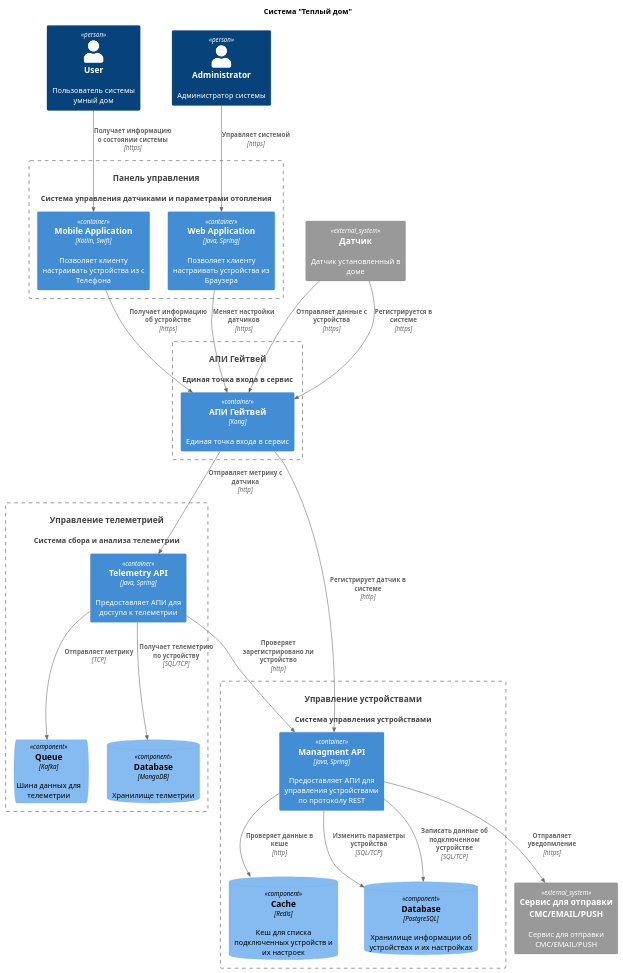
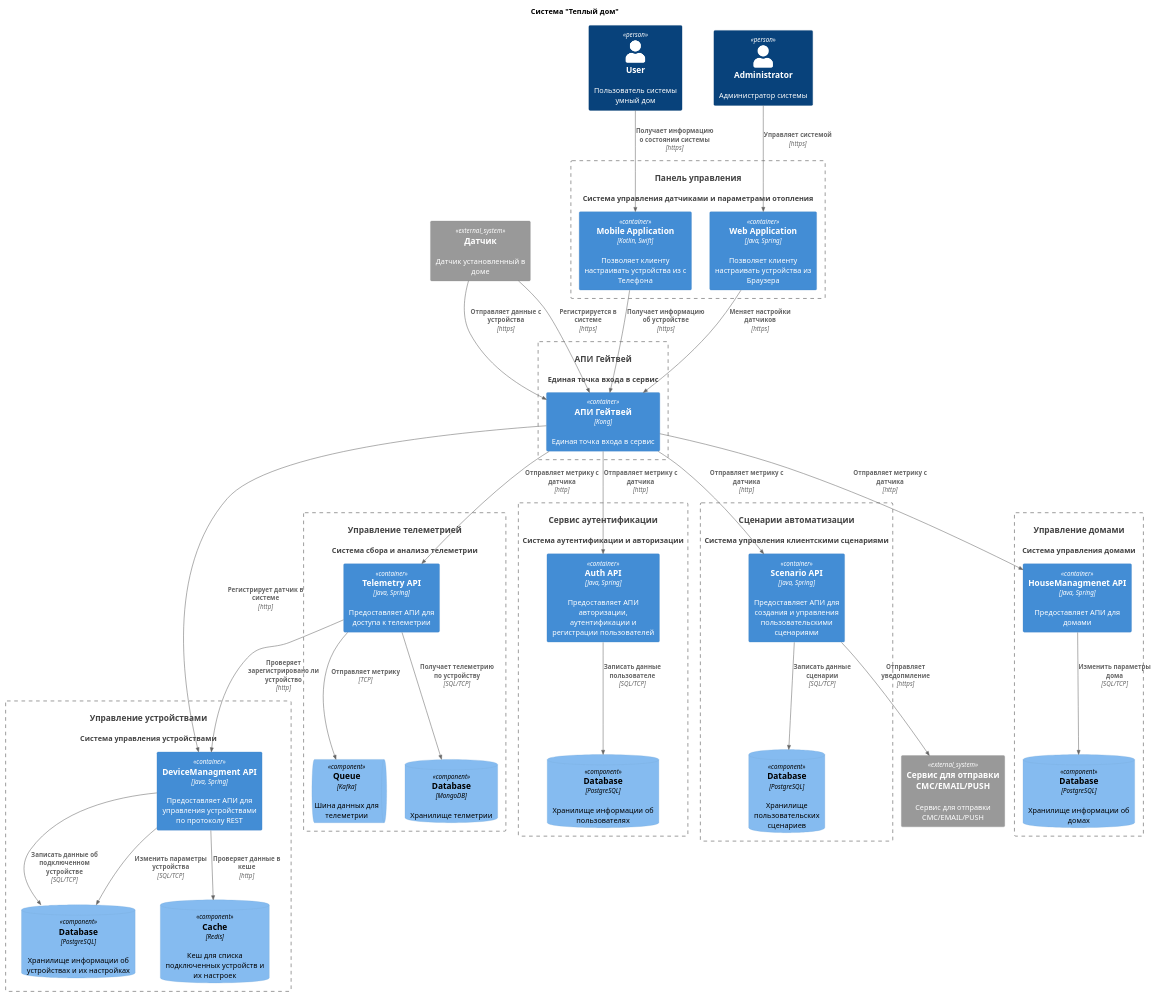
Before and after one commit to AlexVolkow/architecture-sprint-3: the diagram in part1/Container.puml, drawn with PlantUML. The commit also changed 7 other files, not shown here.

```diff
--- a/part1/Container.puml
+++ b/part1/Container.puml
@@ -1,63 +1,88 @@
 @startuml
 title Система "Теплый дом"
 
 top to bottom direction
 
 !includeurl https://raw.githubusercontent.com/RicardoNiepel/C4-PlantUML/master/C4_Component.puml
 
 Person(user, "User", "Пользователь системы умный дом")
 Person(admin, "Administrator", "Администратор системы")
 
 System(Backoffice, "Панель управления", "Система управления датчиками и параметрами отопления")
 System(APIGateway, "АПИ Гейтвей", "Единая точка входа в сервис")
 System(DeviceManagmentSystem, "Управление устройствами", "Система управления устройствами")
 System(TelemetrySystem, "Управление телеметрией", "Система сбора и анализа телеметрии")
+System(Auth, "Сервис аутентификации", "Система аутентификации и авторизации")
+System(Scenario, "Сценарии автоматизации", "Система управления клиентскими сценариями")
+System(HouseManagmenetSystem, "Управление домами", "Система управления домами")
 
 
 Container_Boundary(Backoffice, "Панель управления") {
     Container(WebApp, "Web Application", "Java, Spring", "Позволяет клиенту настраивать устройства из Браузера")
     Container(MobileApp, "Mobile Application", "Kotlin, Swift", "Позволяет клиенту настраивать устройства из c Телефона")
 }
 
 Container_Boundary(APIGateway, "API Gateway") {
     Container(Gateway, "АПИ Гейтвей", "Kong", "Единая точка входа в сервис")
 }
 
 Container_Boundary(DeviceManagmentSystem, "Управление устройствами") {
-    Container(ManagmentAPI, "Managment API", "Java, Spring", "Предоставляет АПИ для управления устройствами по протоколу REST")
+    Container(DeviceManagmentAPI, "DeviceManagment API", "Java, Spring", "Предоставляет АПИ для управления устройствами по протоколу REST")
     ComponentDb(DeviceDatabase, "Database", "PostgreSQL", "Хранилище информации об устройствах и их настройках")
     ComponentDb(Cache, "Cache", "Redis", "Кеш для списка подключенных устройств и их настроек")
 }
 
 Container_Boundary(TelemetrySystem, "Управление телеметрией") {
     Container(TelemetryAPI, "Telemetry API", "Java, Spring", "Предоставляет АПИ для доступа к телеметрии")
     ComponentQueue(Queue, "Queue", "Kafka", "Шина данных для телеметрии")
     ComponentDb(TelemetryDatabase, "Database", "MongoDB", "Хранилище телметрии")
 }
 
+Container_Boundary(Auth, "Сервис аутентификации") {
+    Container(AuthAPI, "Auth API", "Java, Spring", "Предоставляет АПИ авторизации, аутентификации и регистрации пользователей")
+    ComponentDb(AuthDatabase, "Database", "PostgreSQL", "Хранилище информации об пользователях")
+}
+
+Container_Boundary(Scenario, "Управление устройствами") {
+    Container(ScenarioAPI, "Scenario API", "Java, Spring", "Предоставляет АПИ для создания и управления пользовательскими сценариями")
+    ComponentDb(ScenarioDatabase, "Database", "PostgreSQL", "Хранилище пользовательских сценариев")
+}
+
+Container_Boundary(HouseManagmenetSystem, "Управление устройствами") {
+    Container(HouseManagmenetAPI, "HouseManagmenet API", "Java, Spring", "Предоставляет АПИ для домами")
+    ComponentDb(HouseManagmenetSystemDatabase, "Database", "PostgreSQL", "Хранилище информации об домах")
+}
+
 System_Ext(Sensor, "Датчик", "Датчик установленный в доме")
 System_Ext(NotificationService, "Сервис для отправки СМС/EMAIL/PUSH", "Сервис для отправки СМС/EMAIL/PUSH")
 
 Rel(user, MobileApp, "Получает информацию о состоянии системы", "https")
 Rel(admin,WebApp, "Управляет системой", "https")
 
-Rel(ManagmentAPI,Cache,"Проверяет данные в кеше", "http")
-Rel(ManagmentAPI,DeviceDatabase,"Записать данные об подключенном устройстве", "SQL/TCP")
-Rel(ManagmentAPI,DeviceDatabase,"Изменить параметры устройства", "SQL/TCP")
+Rel(DeviceManagmentAPI,Cache,"Проверяет данные в кеше", "http")
+Rel(DeviceManagmentAPI,DeviceDatabase,"Записать данные об подключенном устройстве", "SQL/TCP")
+Rel(DeviceManagmentAPI,DeviceDatabase,"Изменить параметры устройства", "SQL/TCP")
 
 Rel(Sensor,Gateway,"Отправляет данные с устройства", "https")
 Rel(Sensor,Gateway,"Регистрируется в системе", "https")
 
-Rel(Gateway,ManagmentAPI,"Регистрирует датчик в системе", "http")
+Rel(AuthAPI,AuthDatabase,"Записать данные пользователе", "SQL/TCP")
+Rel(ScenarioAPI,ScenarioDatabase,"Записать данные сценарии", "SQL/TCP")
+Rel(HouseManagmenetAPI,HouseManagmenetSystemDatabase,"Изменить параметры дома", "SQL/TCP")
+
+Rel(Gateway,DeviceManagmentAPI,"Регистрирует датчик в системе", "http")
 Rel(Gateway,TelemetryAPI,"Отправляет метрику с датчика", "http")
+Rel(Gateway,AuthAPI,"Отправляет метрику с датчика", "http")
+Rel(Gateway,ScenarioAPI,"Отправляет метрику с датчика", "http")
+Rel(Gateway,HouseManagmenetAPI,"Отправляет метрику с датчика", "http")
 
 Rel(MobileApp,Gateway,"Получает информацию об устройстве","https")
 Rel(WebApp,Gateway,"Меняет настройки датчиков", "https")
-Rel(ManagmentAPI,NotificationService,"Отправляет уведопмление", "https")
+Rel(ScenarioAPI,NotificationService,"Отправляет уведопмление", "https")
 
 Rel(TelemetryAPI,Queue,"Отправляет метрику", "TCP")
 Rel(TelemetryAPI,TelemetryDatabase,"Получает телеметрию по устройству", "SQL/TCP")
 
-Rel(TelemetryAPI,ManagmentAPI,"Проверяет зарегистрировано ли устройство", "http")
+Rel(TelemetryAPI,DeviceManagmentAPI,"Проверяет зарегистрировано ли устройство", "http")
 
 @enduml
```
